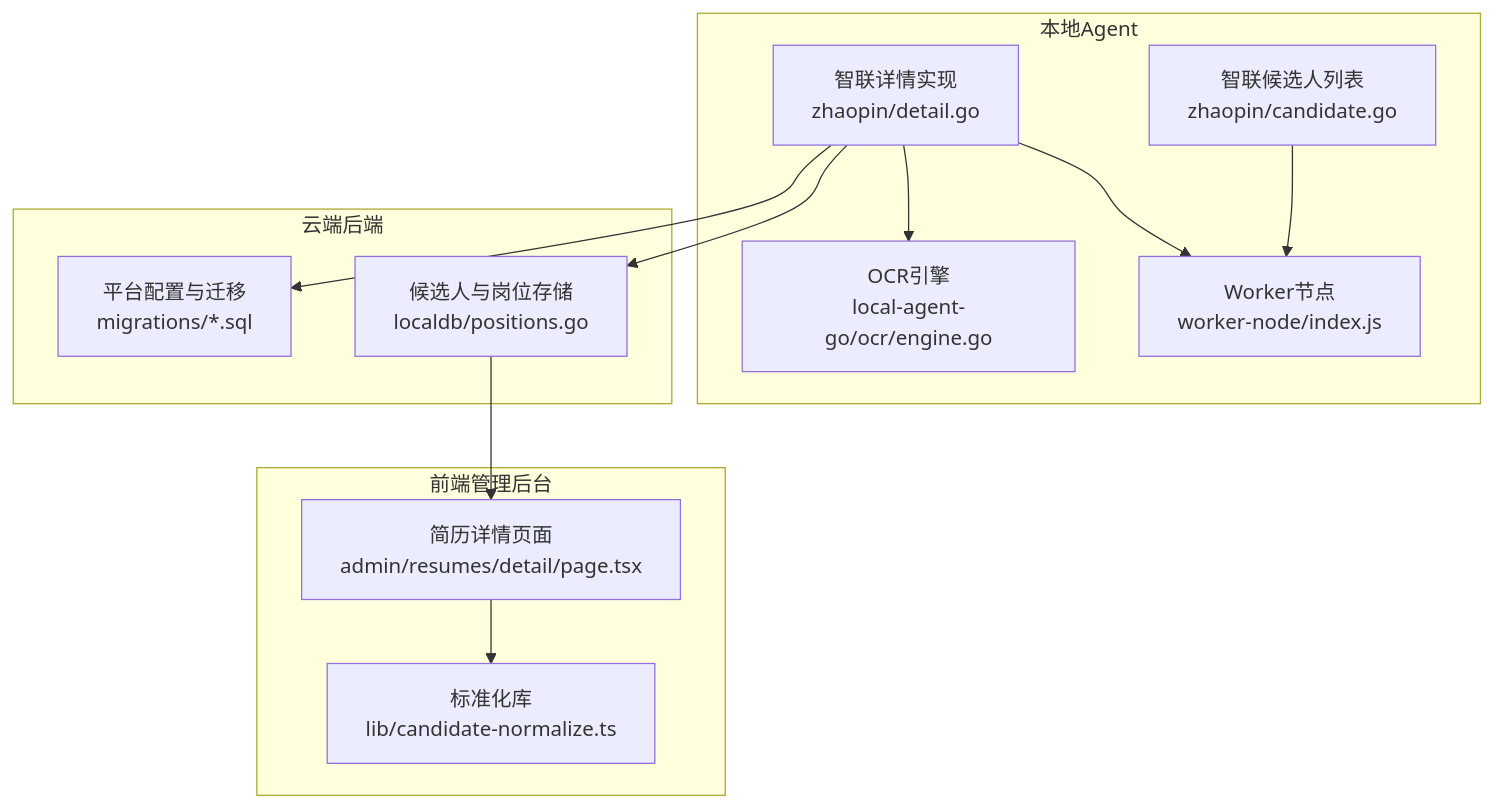
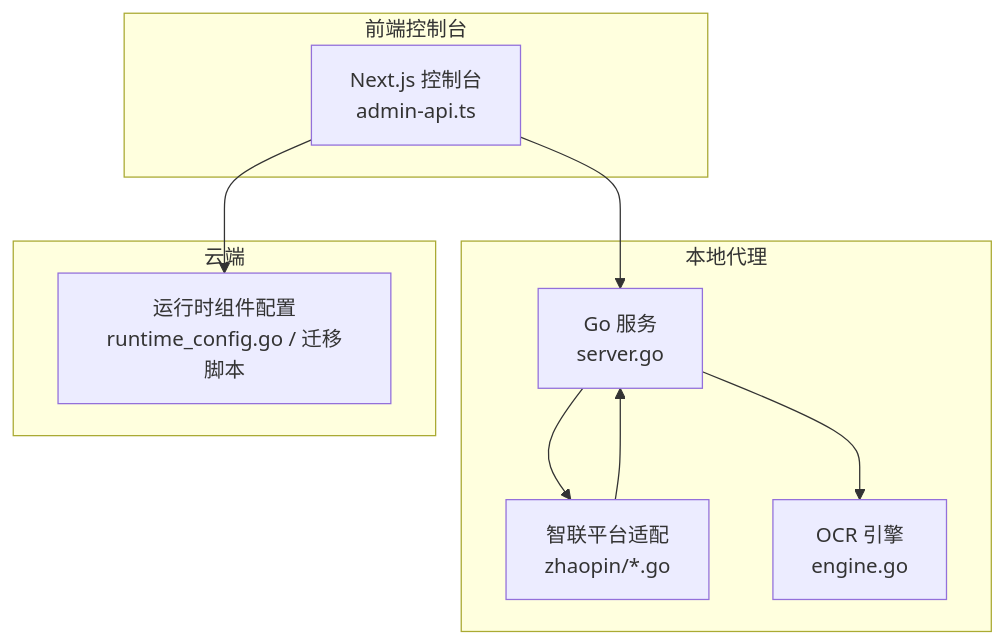
One commit to alvinwangzi/goodhr changed the first of 6 diagrams in .qoder/repowiki/zh/content/本地执行器/平台适配器/前程无忧适配器/简历详情.md. Above: the diagram before and after it, drawn with Mermaid. The commit also changed other lines of this file and 149 other files, not shown here.

````diff
--- a/.qoder/repowiki/zh/content/本地执行器/平台适配器/前程无忧适配器/简历详情.md
+++ b/.qoder/repowiki/zh/content/本地执行器/平台适配器/前程无忧适配器/简历详情.md
@@ -51,24 +38,19 @@
 ```mermaid
 graph TB
-subgraph "本地Agent"
-ZD["智联详情实现<br/>zhaopin/detail.go"]
-ZC["智联候选人列表<br/>zhaopin/candidate.go"]
-OCR["OCR引擎<br/>local-agent-go/ocr/engine.go"]
-WNode["Worker节点<br/>worker-node/index.js"]
+subgraph "前端控制台"
+FE["Next.js 控制台<br/>admin-api.ts"]
 end
-subgraph "云端后端"
-CFG["平台配置与迁移<br/>migrations/*.sql"]
-DB["候选人与岗位存储<br/>localdb/positions.go"]
+subgraph "本地代理"
+GO["Go 服务<br/>server.go"]
+ZP["智联平台适配<br/>zhaopin/*.go"]
+OCR["OCR 引擎<br/>engine.go"]
 end
-subgraph "前端管理后台"
-UI["简历详情页面<br/>admin/resumes/detail/page.tsx"]
-NORM["标准化库<br/>lib/candidate-normalize.ts"]
+subgraph "云端"
+CFG["运行时组件配置<br/>runtime_config.go / 迁移脚本"]
 end
-ZD --> WNode
-ZC --> WNode
-ZD --> OCR
-ZD --> CFG
-ZD --> DB
-DB --> UI
-UI --> NORM
+FE --> GO
+GO --> ZP
+ZP --> GO
+GO --> OCR
+FE --> CFG
 ```
````
